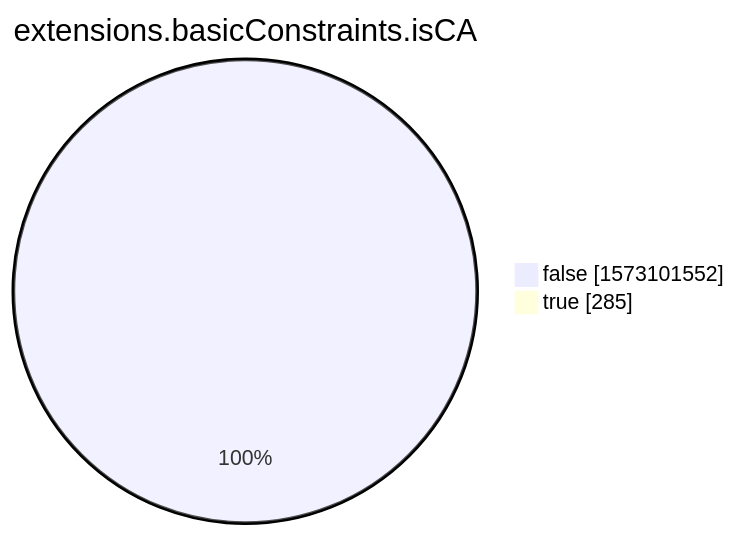
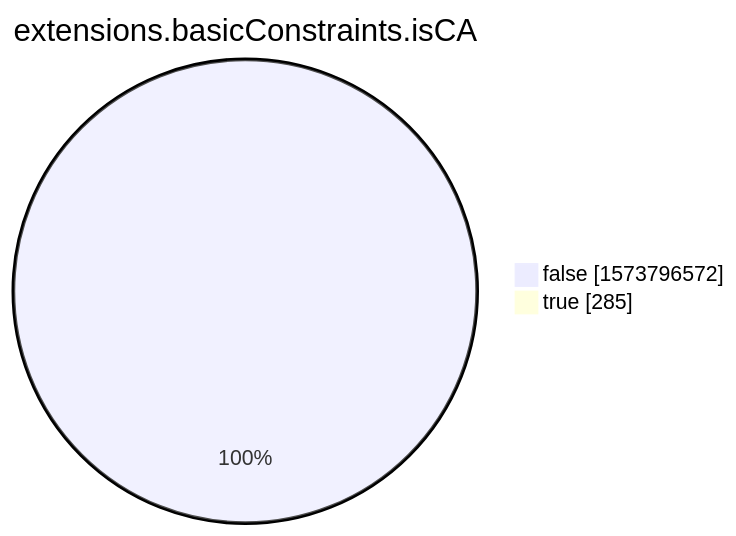
One commit to christiankrug/ctmonitor_visualization changed the eighth of 15 diagrams in xenon2022/README.md. Above: the diagram before and after it, drawn with Mermaid. The commit also changed other lines of this file, not shown here.

````diff
--- a/xenon2022/README.md
+++ b/xenon2022/README.md
@@ -2861,6 +2861,6 @@
 ```mermaid
 pie showData
 title extensions.basicConstraints.isCA
-"false" :1573101552
+"false" :1573796572
 "true" :285
 ```
````
